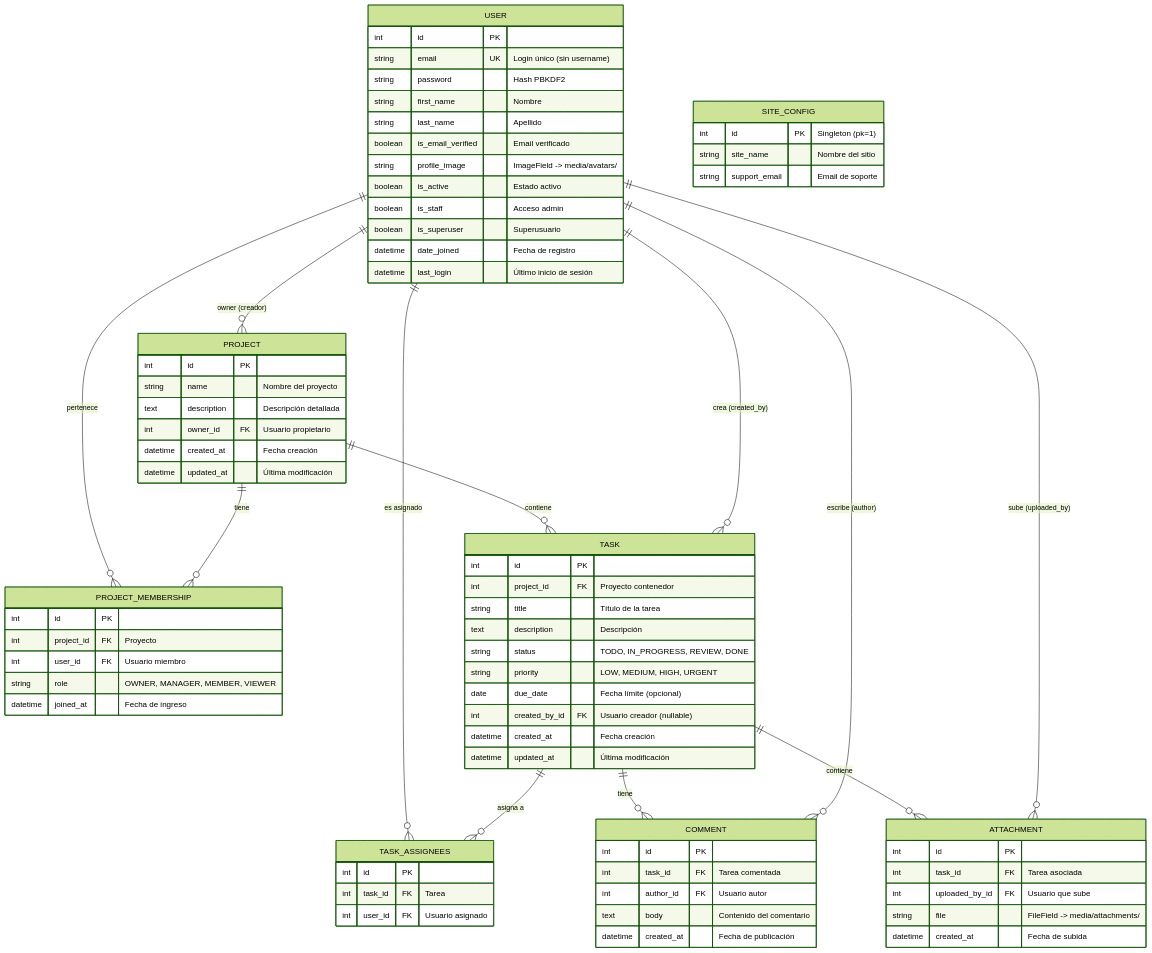
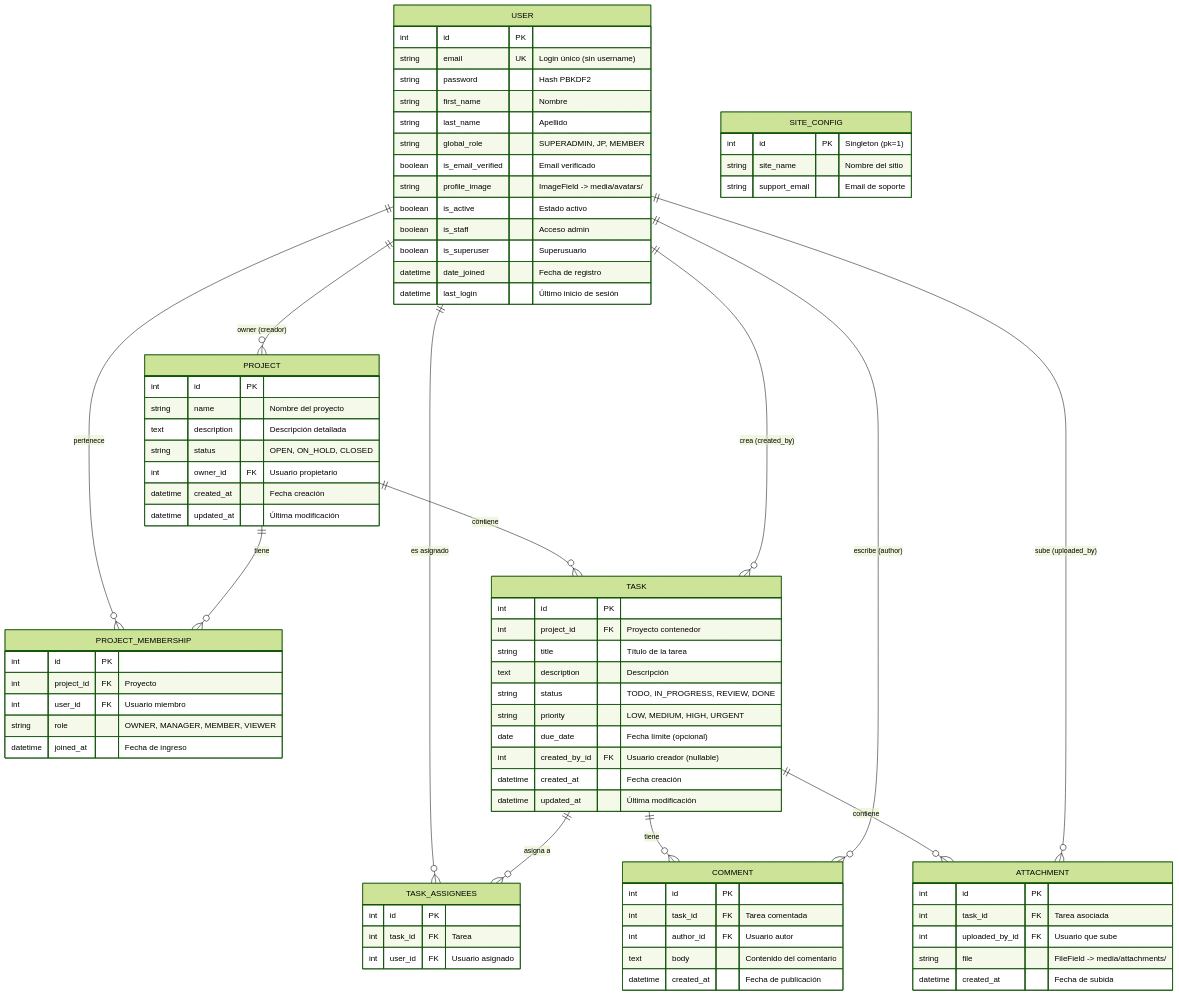
Before and after one commit to javieresquivelt-ux/planmanager: the second of 2 diagrams in README.md, drawn with Mermaid (forest theme). The commit also changed other lines of this file, not shown here.

```diff
--- a/README.md
+++ b/README.md
@@ -113,6 +120,7 @@
         string password "Hash PBKDF2"
         string first_name "Nombre"
         string last_name "Apellido"
+        string global_role "SUPERADMIN, JP, MEMBER"
         boolean is_email_verified "Email verificado"
         string profile_image "ImageField -> media/avatars/"
         boolean is_active "Estado activo"
@@ -126,6 +134,7 @@
         int id PK
         string name "Nombre del proyecto"
         text description "Descripción detallada"
+        string status "OPEN, ON_HOLD, CLOSED"
         int owner_id FK "Usuario propietario"
         datetime created_at "Fecha creación"
         datetime updated_at "Última modificación"
```
